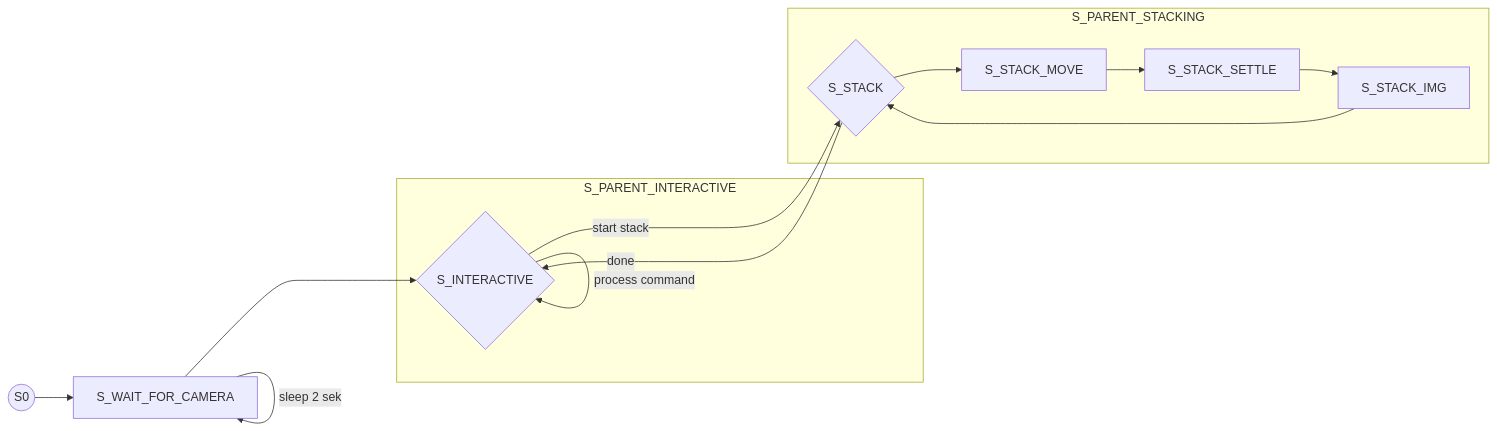
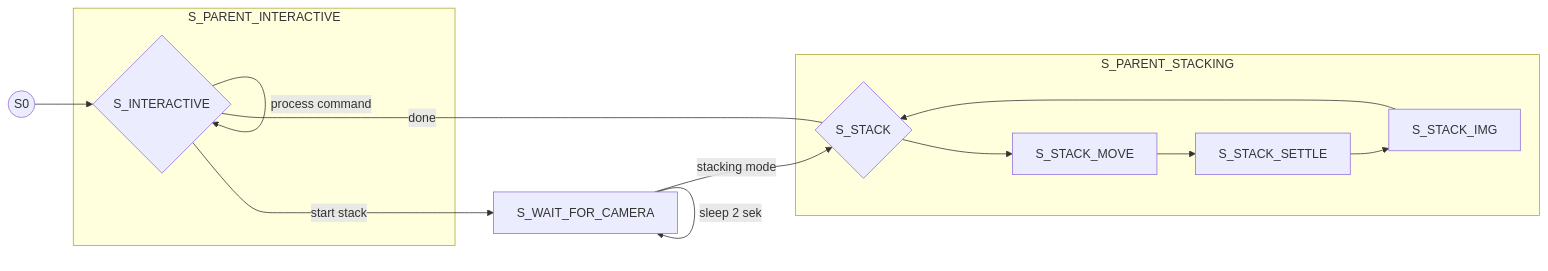
The diagram in app/mermaid.StateMachine.mmd (maxhbr/zephyr-rail), drawn with Mermaid before and after one commit. The commit also changed 1 other file, not shown here.

```diff
--- a/app/mermaid.StateMachine.mmd
+++ b/app/mermaid.StateMachine.mmd
@@ -1,26 +1,26 @@
 flowchart LR;
     S0((S0));
 
     S_WAIT_FOR_CAMERA;
 
     subgraph S_PARENT_INTERACTIVE
       S_INTERACTIVE{S_INTERACTIVE}
     end
     
     subgraph S_PARENT_STACKING;
       S_STACK{S_STACK}
       S_STACK_MOVE;
       S_STACK_SETTLE;
       S_STACK_IMG;
     end
 
-    S0 --> S_WAIT_FOR_CAMERA;
+    S0 --> S_INTERACTIVE;
+    S_INTERACTIVE -->|process command| S_INTERACTIVE;
+    S_INTERACTIVE -->|start stack| S_WAIT_FOR_CAMERA;
     S_WAIT_FOR_CAMERA -->|sleep 2 sek| S_WAIT_FOR_CAMERA;
-    S_WAIT_FOR_CAMERA ---> S_INTERACTIVE;
-    S_INTERACTIVE -->|process command| S_INTERACTIVE;
-    S_INTERACTIVE -->|start stack| S_STACK;
-    S_STACK --->|done| S_INTERACTIVE;
+    S_WAIT_FOR_CAMERA -->|stacking mode| S_STACK;
+    S_INTERACTIVE <-----|done| S_STACK;
     S_STACK_MOVE --> S_STACK_SETTLE;
     S_STACK_SETTLE --> S_STACK_IMG;
     S_STACK_IMG --> S_STACK;
     S_STACK --> S_STACK_MOVE;
```
